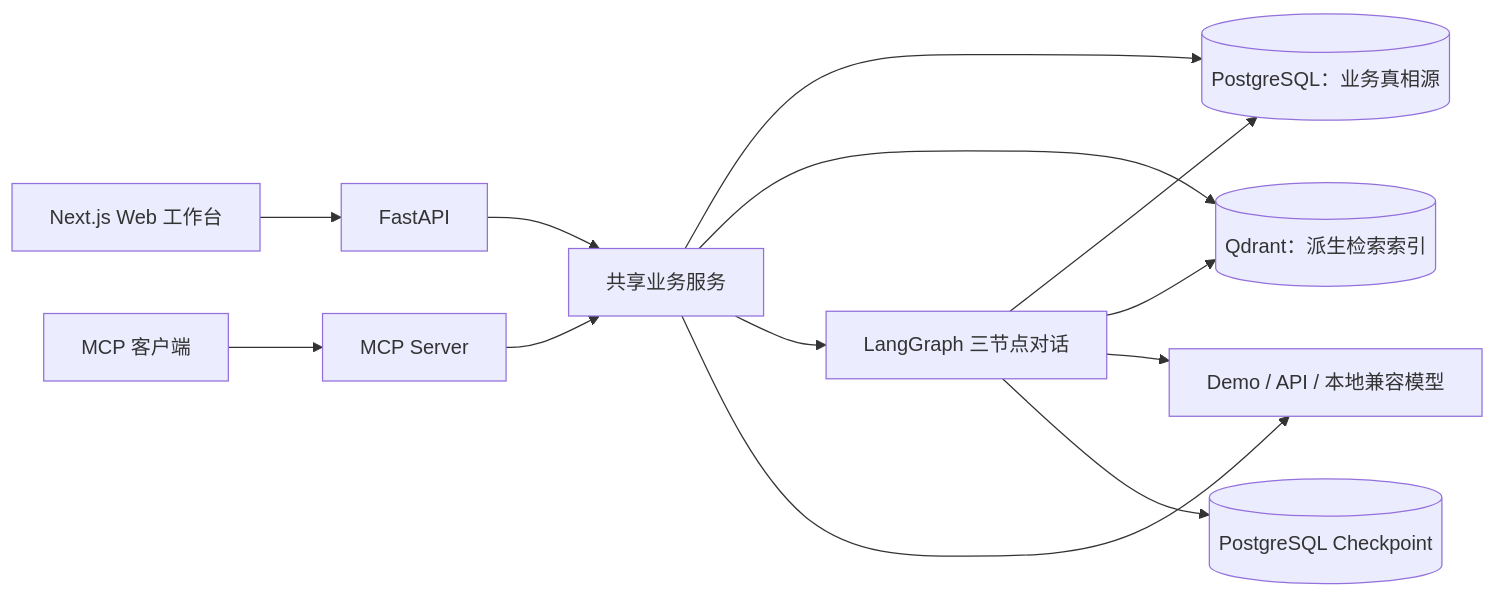
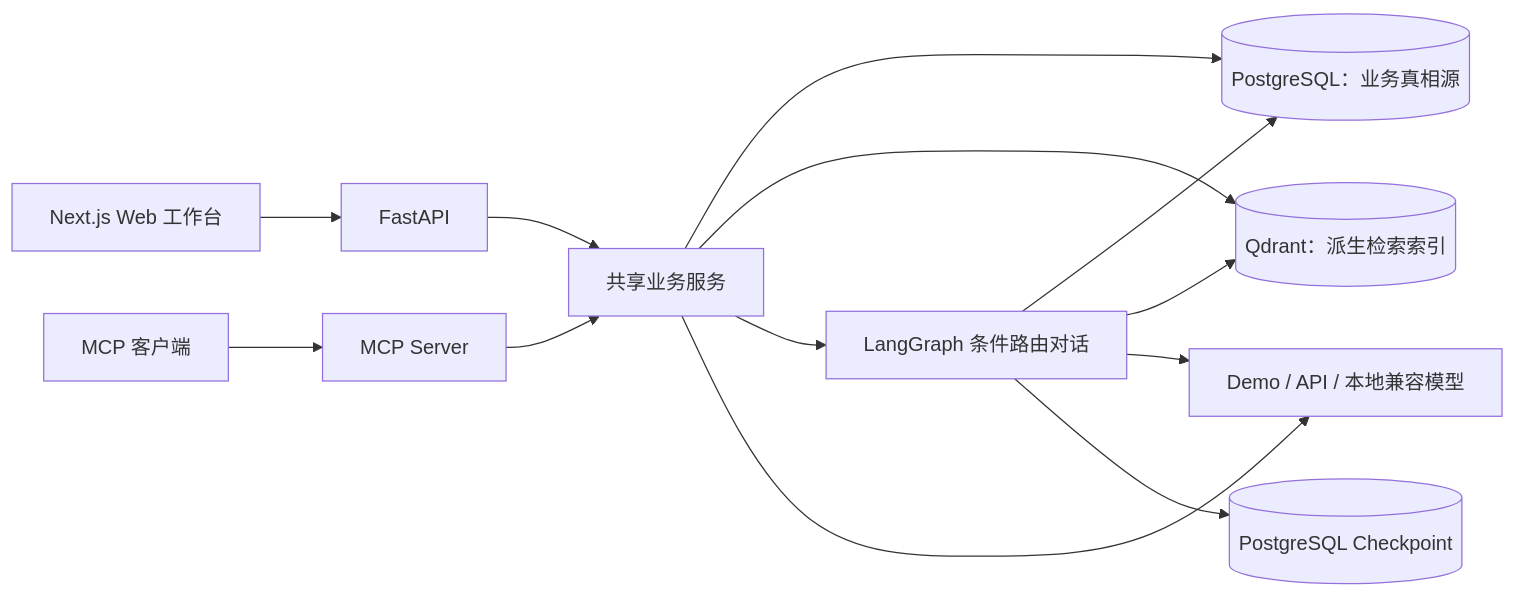
The first of 2 diagrams in docs/architecture.md (wenmo-yu/careerlens), drawn with Mermaid before and after one commit. The commit also changed other lines of this file and 19 other files, not shown here.

````diff
--- a/docs/architecture.md
+++ b/docs/architecture.md
@@ -7,15 +7,15 @@
 ```mermaid
 flowchart LR
     Browser[Next.js Web 工作台] --> API[FastAPI]
     MCPClient[MCP 客户端] --> MCP[MCP Server]
     API --> Services[共享业务服务]
     MCP --> Services
     Services --> PG[(PostgreSQL：业务真相源)]
     Services --> Q[(Qdrant：派生检索索引)]
-    Services --> Graph[LangGraph 三节点对话]
+    Services --> Graph[LangGraph 条件路由对话]
     Services --> Provider[Demo / API / 本地兼容模型]
     Graph --> PG
     Graph --> Q
     Graph --> Provider
     Graph --> CP[(PostgreSQL Checkpoint)]
 ```
````
